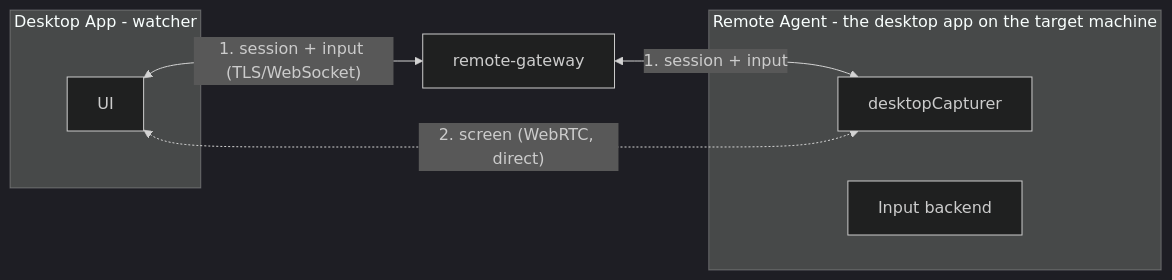
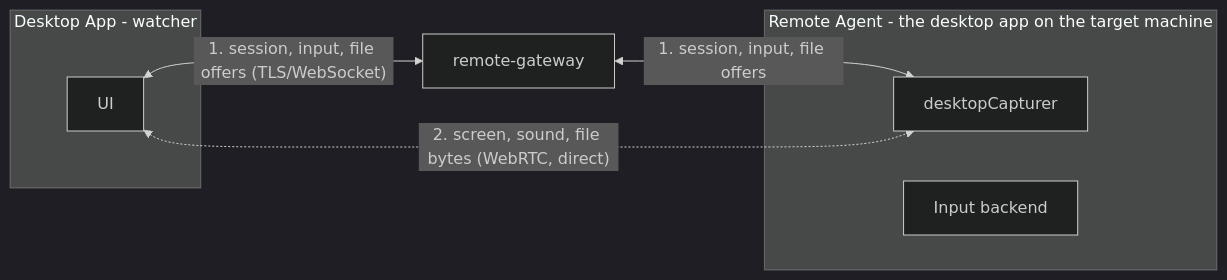
The diagram in docs/docs/architecture/remote-desktop.md (aiyu-ayaan/BetweenUs), drawn with Mermaid (dark theme) before and after one commit. The commit also changed other lines of this file and 17 other files, not shown here.

````diff
--- a/docs/docs/architecture/remote-desktop.md
+++ b/docs/docs/architecture/remote-desktop.md
@@ -12,14 +12,14 @@
 ```mermaid
 flowchart LR
     subgraph Controller[Desktop App - watcher]
         C1[UI]
     end
     subgraph Agent[Remote Agent - the desktop app on the target machine]
         A1[desktopCapturer]
         A2[Input backend]
     end
 
-    C1 <-->|"1. session + input (TLS/WebSocket)"| RGW[remote-gateway]
-    RGW <-->|"1. session + input"| A1
-    C1 <-.->|"2. screen (WebRTC, direct)"| A1
+    C1 <-->|"1. session, input, file offers (TLS/WebSocket)"| RGW[remote-gateway]
+    RGW <-->|"1. session, input, file offers"| A1
+    C1 <-.->|"2. screen, sound, file bytes (WebRTC, direct)"| A1
 ```
````
